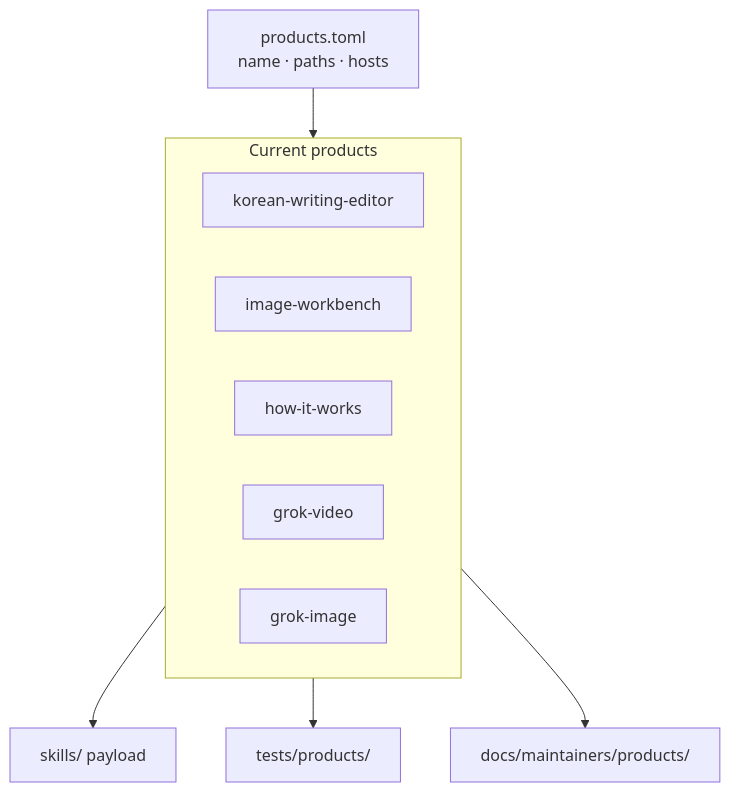
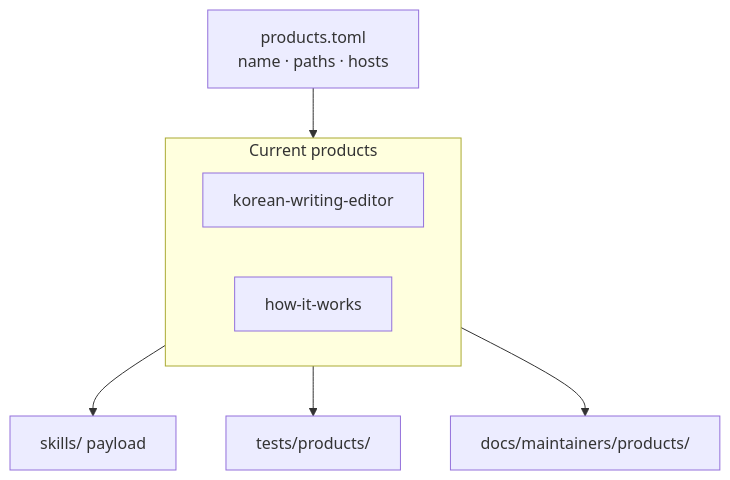
The diagram in docs/maintainers/repository/architecture.md (beyondwin/skills), drawn with Mermaid before and after one commit. The commit also changed other lines of this file and 124 other files, not shown here.

Commit message:
chore!: retire image and video skills and simplify repository

````diff
--- a/docs/maintainers/repository/architecture.md
+++ b/docs/maintainers/repository/architecture.md
@@ -13,15 +13,12 @@
 ```mermaid
 flowchart TB
   R["products.toml<br/>name · paths · hosts"]
   subgraph live ["Current products"]
     K[korean-writing-editor]
-    I[image-workbench]
     H[how-it-works]
-    V[grok-video]
-    G[grok-image]
   end
   R --> live
   live --> SK["skills/ payload"]
   live --> T["tests/products/"]
   live --> D["docs/maintainers/products/"]
 ```
````
